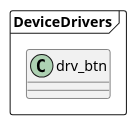
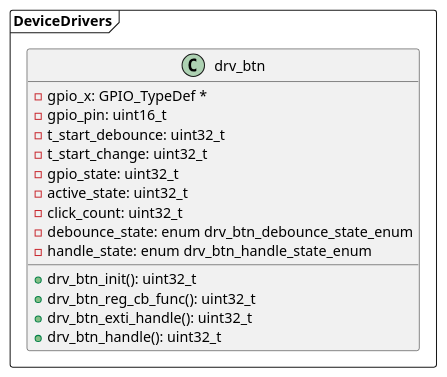
Before and after one commit to minh2002sn/led_control: the diagram in docs/architecture_dvcdrvs.wsd, drawn with PlantUML. The commit also changed 21 other files, not shown here.

Commit message:
docs: update all plantuml files and output images

```diff
--- a/docs/architecture_dvcdrvs.wsd
+++ b/docs/architecture_dvcdrvs.wsd
@@ -1,7 +1,22 @@
 @startuml
 
 package DeviceDrivers <<Frame>> {
   class drv_btn
+  {
+    -gpio_x: GPIO_TypeDef *
+    -gpio_pin: uint16_t
+    -t_start_debounce: uint32_t
+    -t_start_change: uint32_t
+    -gpio_state: uint32_t
+    -active_state: uint32_t
+    -click_count: uint32_t
+    -debounce_state: enum drv_btn_debounce_state_enum
+    -handle_state: enum drv_btn_handle_state_enum
+    +drv_btn_init(): uint32_t
+    +drv_btn_reg_cb_func(): uint32_t
+    +drv_btn_exti_handle(): uint32_t
+    +drv_btn_handle(): uint32_t
+  }
 }
 
 @enduml
```
